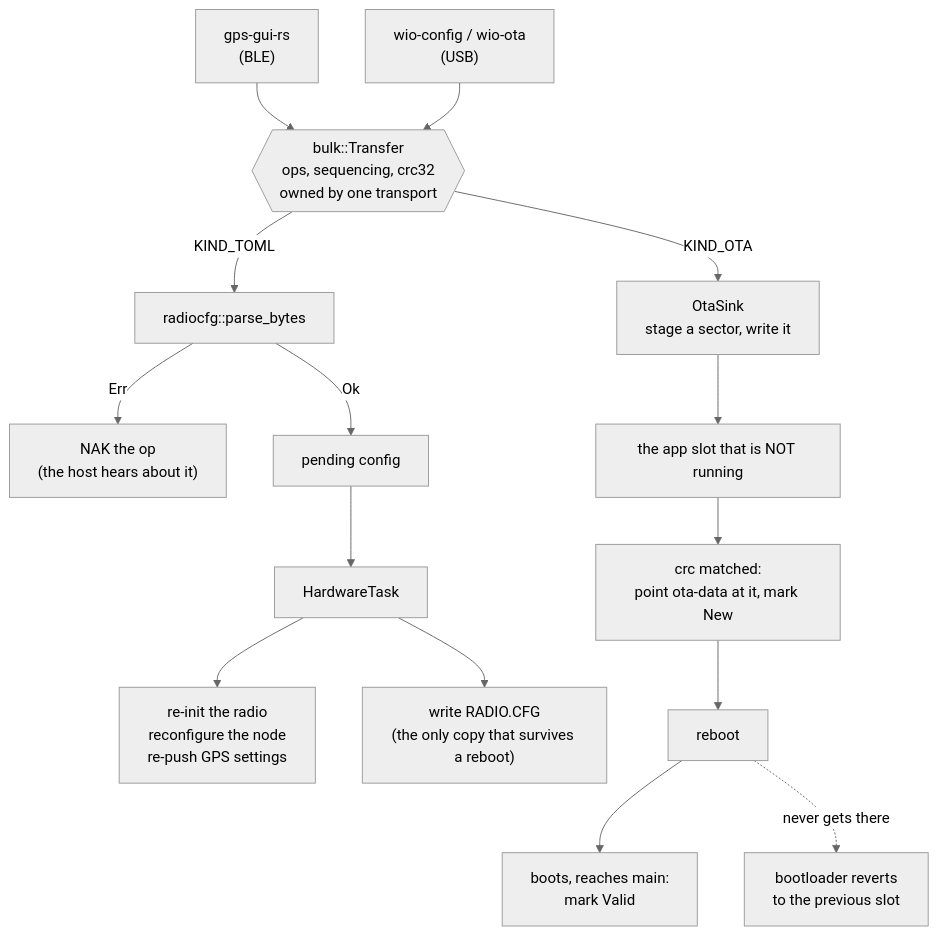
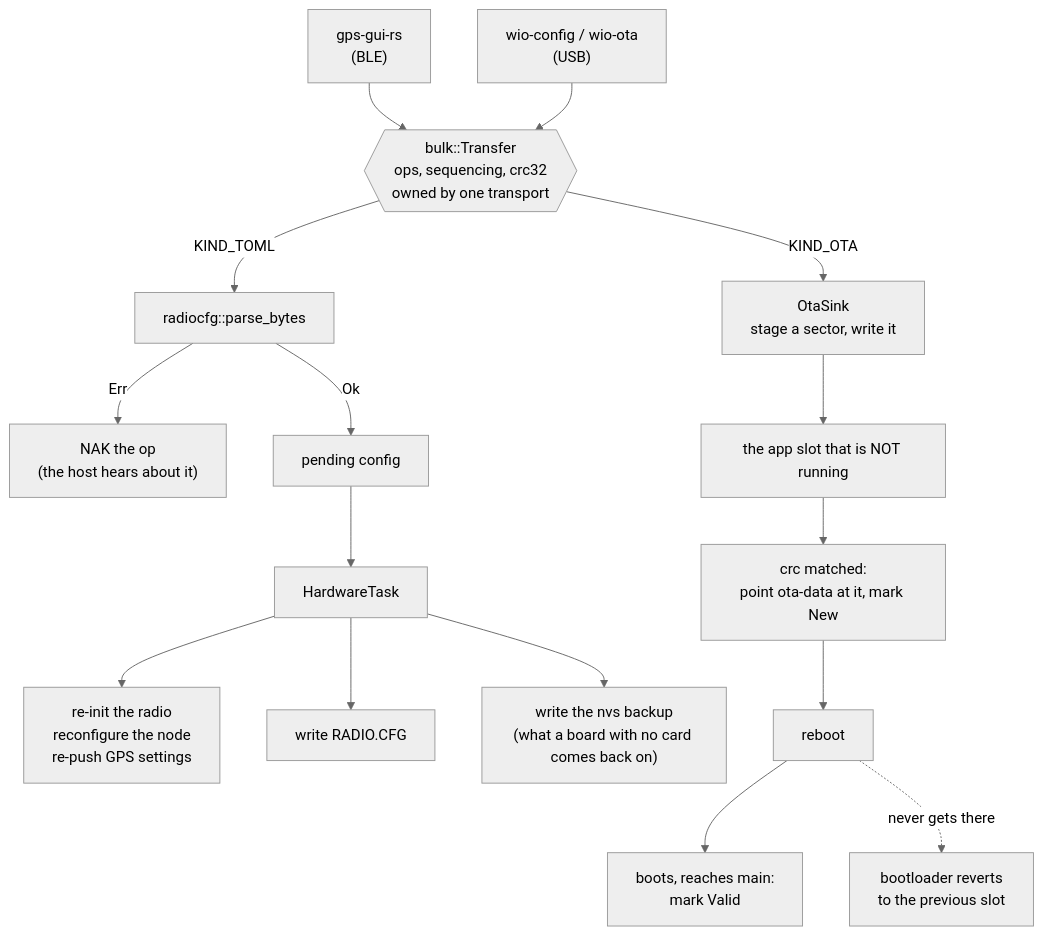
One commit to Telemety-In-Midair/telemetry-in-midair-rs changed the fifth of 9 diagrams in ARCHITECTURE.md. Above: the diagram before and after it, drawn with Mermaid (neutral theme). The commit also changed other lines of this file and 9 other files, not shown here.

````diff
--- a/ARCHITECTURE.md
+++ b/ARCHITECTURE.md
@@ -355,21 +357,22 @@
 ```mermaid
 flowchart TB
     App["gps-gui-rs<br/>(BLE)"] --> Xfer
     Host["wio-config / wio-ota<br/>(USB)"] --> Xfer
 
     Xfer{{"bulk::Transfer<br/>ops, sequencing, crc32<br/>owned by one transport"}}
 
     Xfer -->|KIND_TOML| Parse["radiocfg::parse_bytes"]
     Parse -->|Err| Nak["NAK the op<br/>(the host hears about it)"]
     Parse -->|Ok| Pending["pending config"]
     Pending --> Hw["HardwareTask"]
     Hw --> Radio["re-init the radio<br/>reconfigure the node<br/>re-push GPS settings"]
-    Hw --> Card["write RADIO.CFG<br/>(the only copy that survives a reboot)"]
+    Hw --> Card["write RADIO.CFG"]
+    Hw --> Nvs["write the nvs backup<br/>(what a board with no card comes back on)"]
 
     Xfer -->|KIND_OTA| Sink["OtaSink<br/>stage a sector, write it"]
     Sink --> Slot["the app slot that is NOT running"]
     Slot --> Activate["crc matched:<br/>point ota-data at it, mark New"]
     Activate --> Boot["reboot"]
     Boot --> Confirm["boots, reaches main:<br/>mark Valid"]
     Boot -.->|never gets there| Rollback["bootloader reverts<br/>to the previous slot"]
 ```
````
